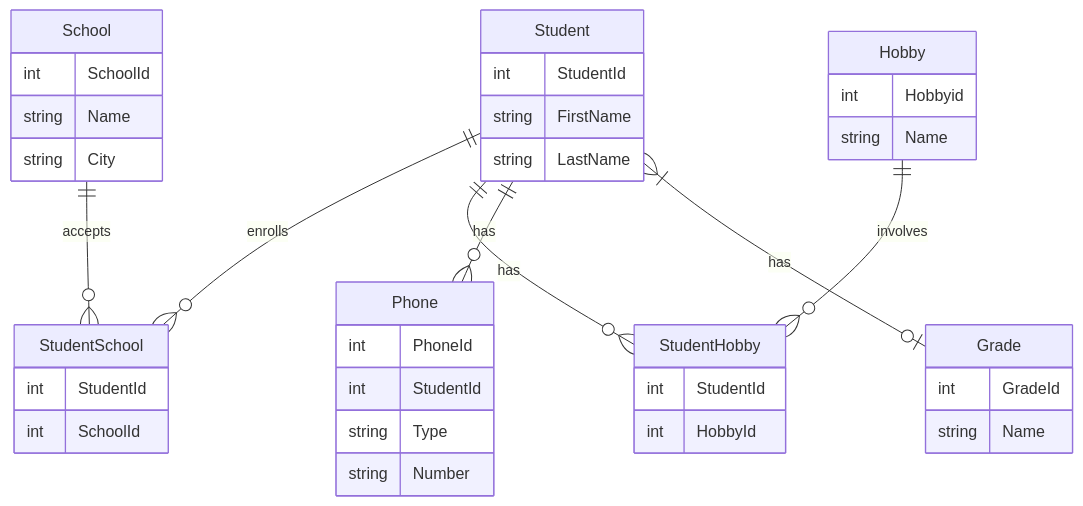
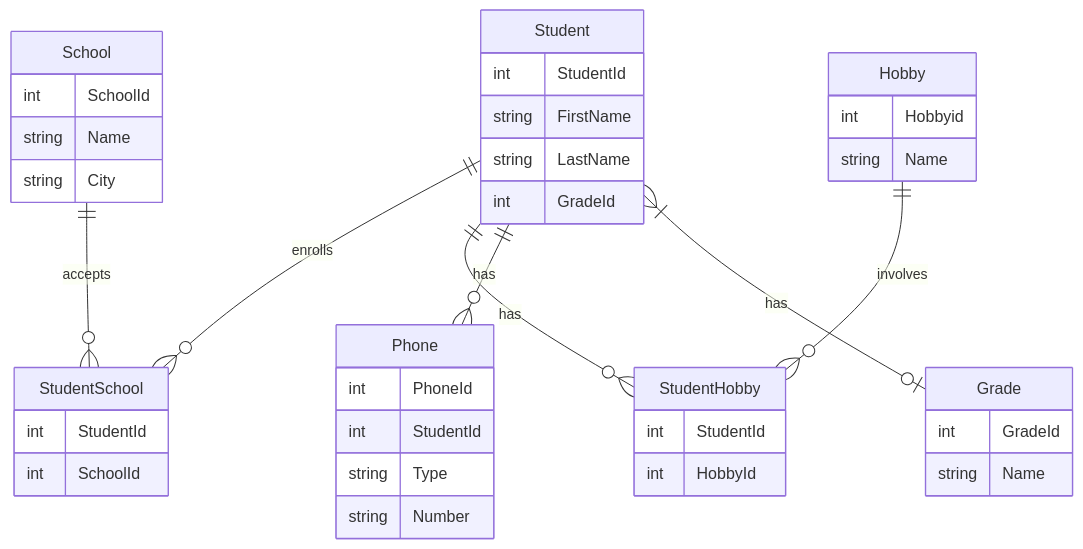
Before and after one commit to samkseg/db2022: the diagram in README.md, drawn with Mermaid.

Commit message:
Updated ER Diagram

````diff
--- a/README.md
+++ b/README.md
@@ -6,49 +6,50 @@
 ```mermaid
 erDiagram
     Student ||--o{ StudentSchool : enrolls
     School ||--o{ StudentSchool : accepts
     Student ||--o{ StudentHobby : has
     Hobby ||--o{ StudentHobby : involves
     Student ||--o{ Phone : has
     Student }|--o| Grade : has
        
 
     Hobby {
     	int Hobbyid
 	string Name
     }
 
     Phone {
     	int PhoneId
 	int StudentId
 	string Type
 	string Number
     }
 
     StudentHobby {
 	  int StudentId
 	  int HobbyId 
     }
 
     StudentSchool {
         int StudentId
         int SchoolId
     }
 
     Student {
         int StudentId
         string FirstName
         string LastName
+	int GradeId
     }
 
     School {
         int SchoolId
         string Name
         string City
     }
 
     Grade {
         int GradeId
         string Name
     }
 ```
````
